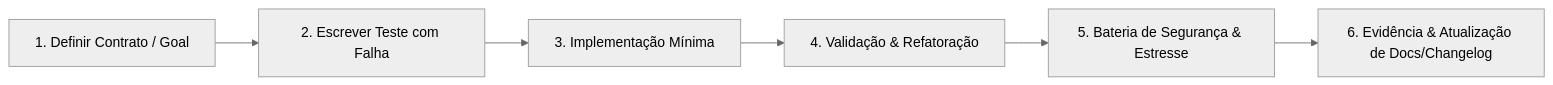
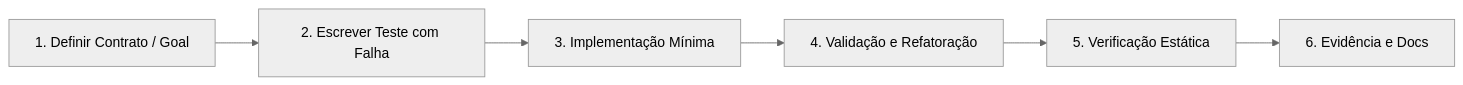
Before and after one commit to poppy-team/poppy.lat: the diagram in docs/development/testing-strategy.md, drawn with Mermaid (neutral theme). The commit also changed other lines of this file and 182 other files, not shown here.

````diff
--- a/docs/development/testing-strategy.md
+++ b/docs/development/testing-strategy.md
@@ -11,8 +10,8 @@
 ```mermaid
 flowchart LR
     A[1. Definir Contrato / Goal] --> B[2. Escrever Teste com Falha]
     B --> C[3. Implementação Mínima]
-    C --> D[4. Validação & Refatoração]
-    D --> E[5. Bateria de Segurança & Estresse]
-    E --> F[6. Evidência & Atualização de Docs/Changelog]
+    C --> D[4. Validação e Refatoração]
+    D --> E[5. Verificação Estática]
+    E --> F[6. Evidência e Docs]
 ```
````
